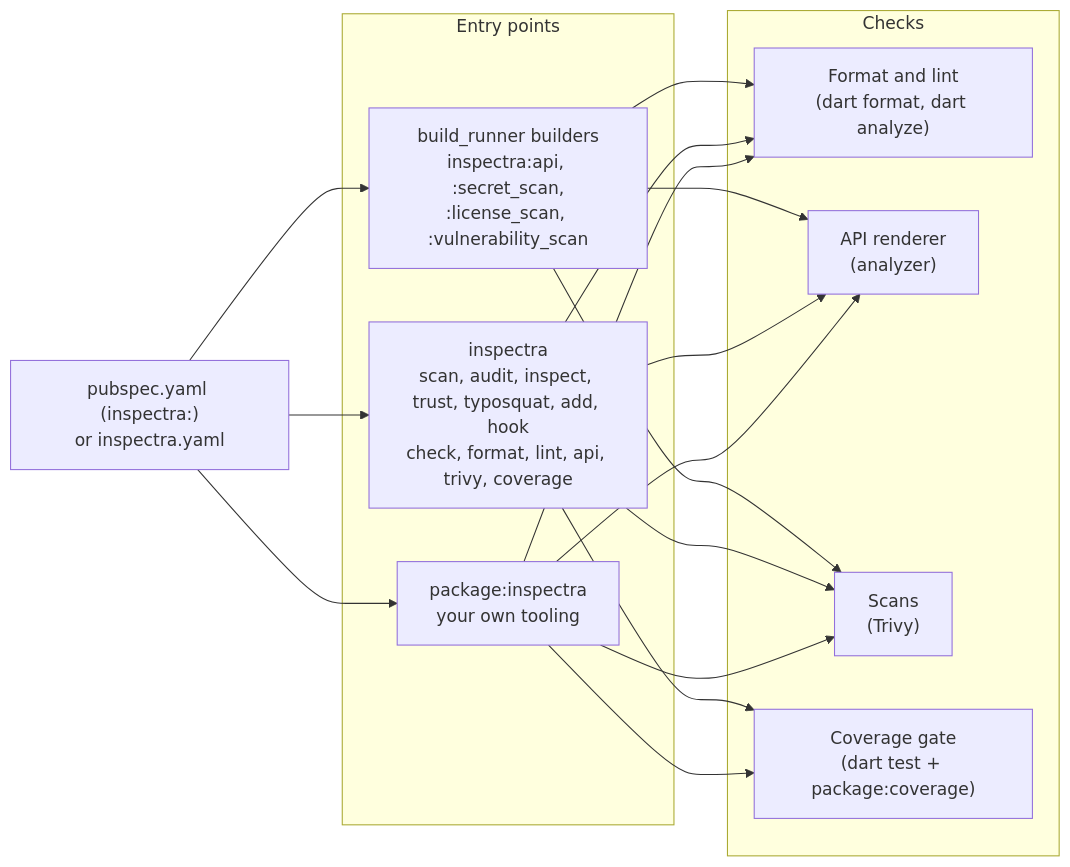
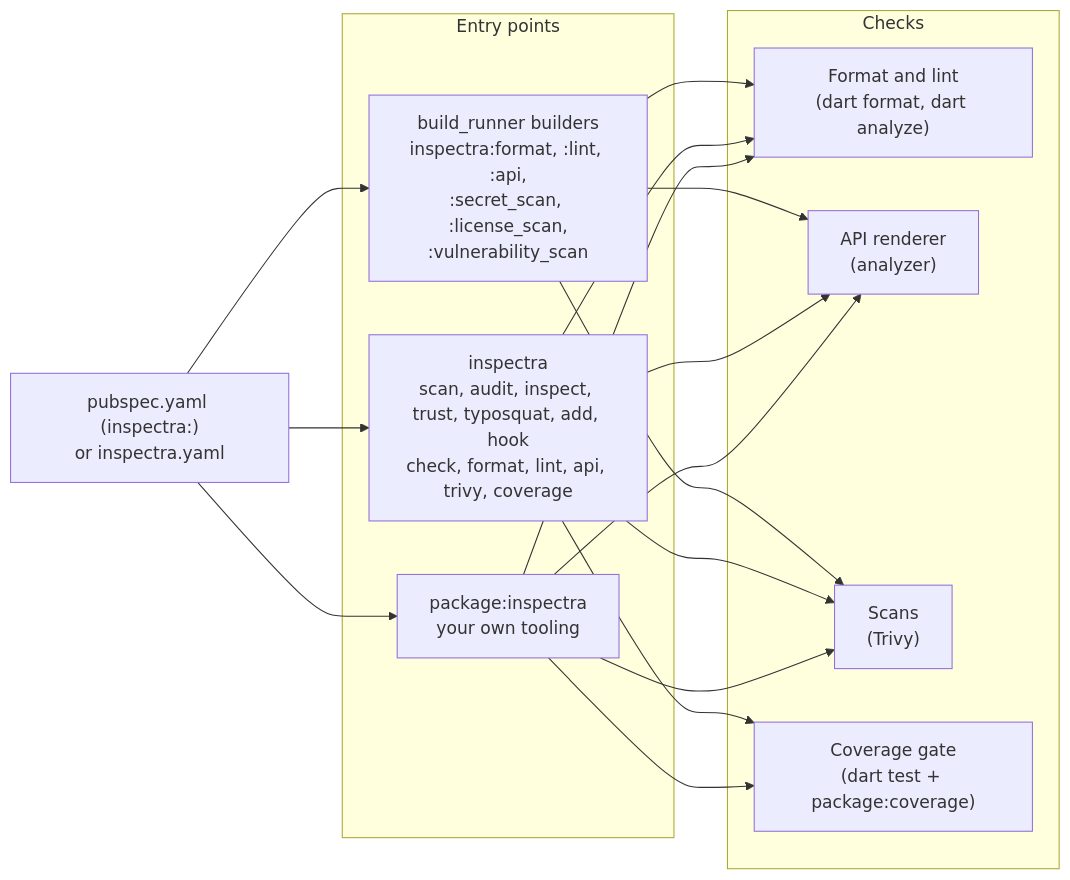
Before and after one commit to Dev-Redtronics/Inspectra: the first of 3 diagrams in docs/topics/How-It-Works.md, drawn with Mermaid. The commit also changed 17 other files, not shown here.

````diff
--- a/docs/topics/How-It-Works.md
+++ b/docs/topics/How-It-Works.md
@@ -14,29 +14,29 @@
 ```mermaid
 flowchart LR
     config["pubspec.yaml (inspectra:)<br/>or inspectra.yaml"]
     subgraph entry["Entry points"]
-        builders["build_runner builders<br/>inspectra:api, :secret_scan,<br/>:license_scan, :vulnerability_scan"]
+        builders["build_runner builders<br/>inspectra:format, :lint, :api,<br/>:secret_scan, :license_scan,<br/>:vulnerability_scan"]
         cli["inspectra<br/>scan, audit, inspect, trust, typosquat, add, hook<br/>check, format, lint, api, trivy, coverage"]
         library["package:inspectra<br/>your own tooling"]
     end
     subgraph checks["Checks"]
         quality["Format and lint<br/>(dart format, dart analyze)"]
         api["API renderer<br/>(analyzer)"]
         scans["Scans<br/>(Trivy)"]
         coverage["Coverage gate<br/>(dart test + package:coverage)"]
     end
     config --> builders
     config --> cli
     config --> library
     builders --> quality
     builders --> api
     builders --> scans
     cli --> quality
     cli --> api
     cli --> scans
     cli --> coverage
     library --> quality
     library --> api
     library --> scans
     library --> coverage
 ```
````
